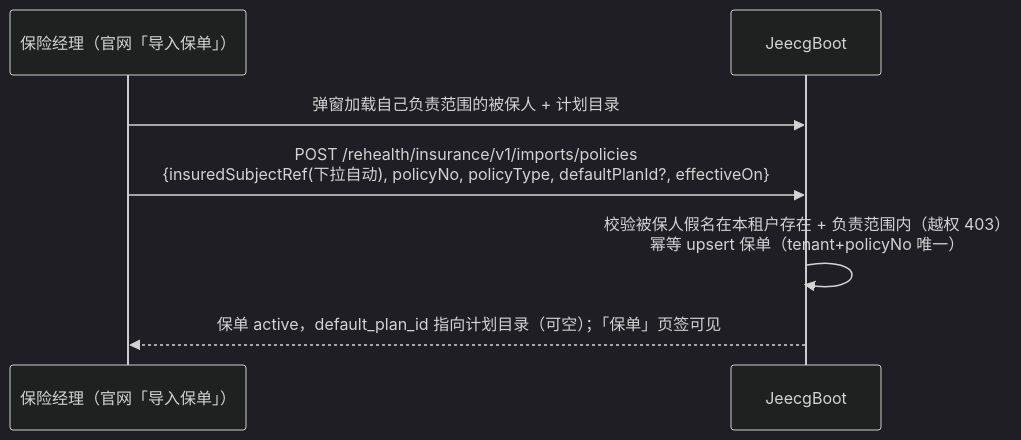
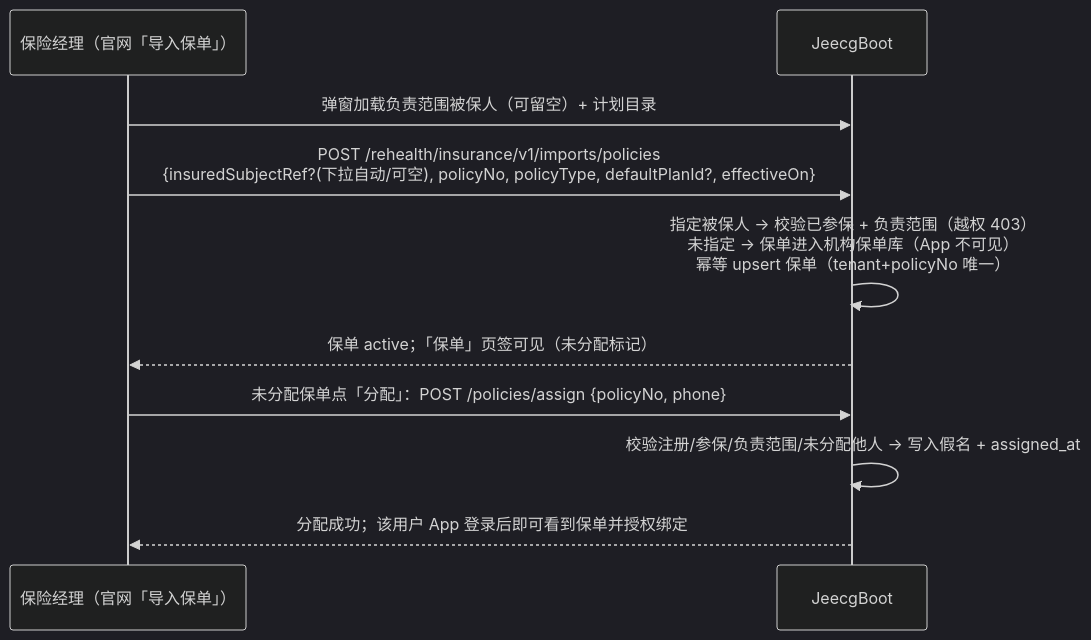
Before and after one commit to wjmlong/rehealth_tongbu: the sixth of 8 diagrams in docs/保险侧计划与保单设计及全流程闭环.md, drawn with Mermaid (dark theme). The commit also changed other lines of this file and 11 other files, not shown here.

````diff
--- a/docs/保险侧计划与保单设计及全流程闭环.md
+++ b/docs/保险侧计划与保单设计及全流程闭环.md
@@ -113,9 +113,12 @@
 ```mermaid
 sequenceDiagram
     participant M as 保险经理（官网「导入保单」）
     participant JEE as JeecgBoot
-    M->>JEE: 弹窗加载自己负责范围的被保人 + 计划目录
-    M->>JEE: POST /rehealth/insurance/v1/imports/policies<br>{insuredSubjectRef(下拉自动), policyNo, policyType, defaultPlanId?, effectiveOn}
-    JEE->>JEE: 校验被保人假名在本租户存在 + 负责范围内（越权 403）<br>幂等 upsert 保单（tenant+policyNo 唯一）
-    JEE-->>M: 保单 active，default_plan_id 指向计划目录（可空）；「保单」页签可见
+    M->>JEE: 弹窗加载负责范围被保人（可留空）+ 计划目录
+    M->>JEE: POST /rehealth/insurance/v1/imports/policies<br>{insuredSubjectRef?(下拉自动/可空), policyNo, policyType, defaultPlanId?, effectiveOn}
+    JEE->>JEE: 指定被保人 → 校验已参保 + 负责范围（越权 403）<br>未指定 → 保单进入机构保单库（App 不可见）<br>幂等 upsert 保单（tenant+policyNo 唯一）
+    JEE-->>M: 保单 active；「保单」页签可见（未分配标记）
+    M->>JEE: 未分配保单点「分配」：POST /policies/assign {policyNo, phone}
+    JEE->>JEE: 校验注册/参保/负责范围/未分配他人 → 写入假名 + assigned_at
+    JEE-->>M: 分配成功；该用户 App 登录后即可看到保单并授权绑定
 ```
````
